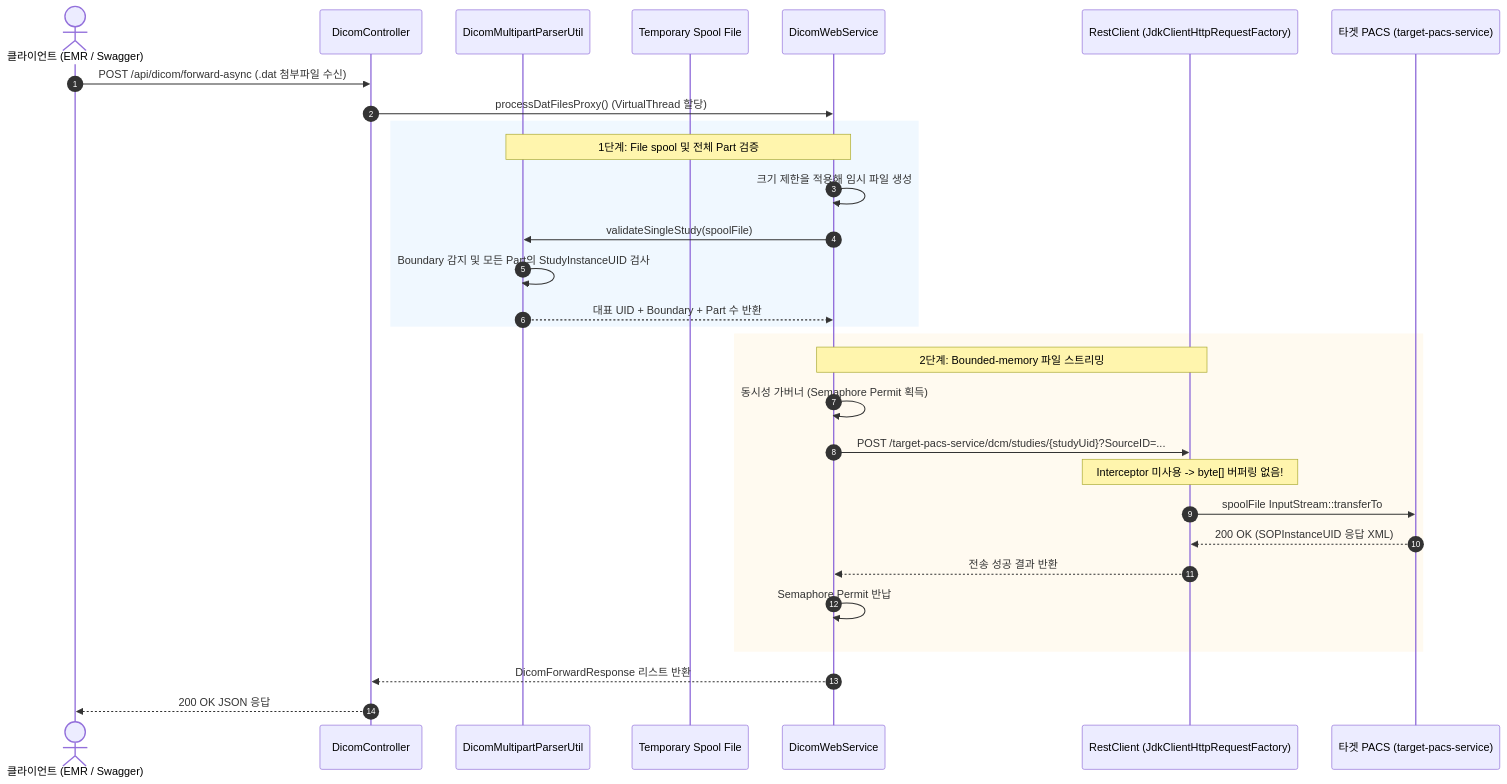
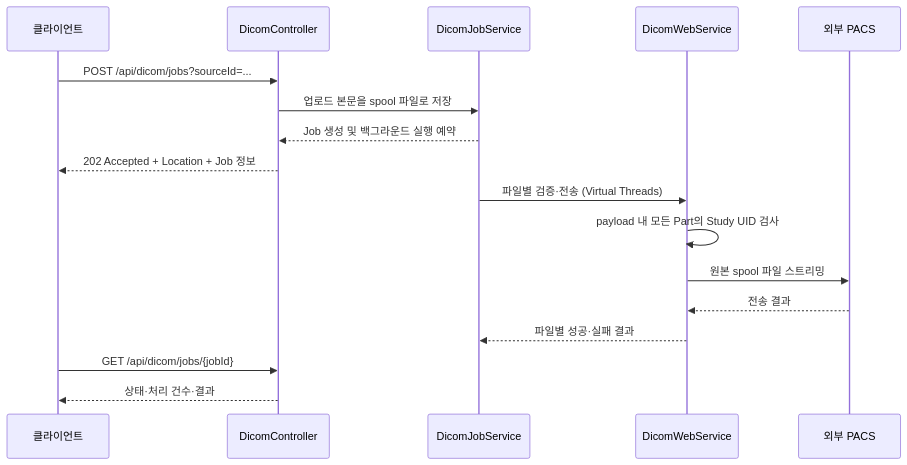
The first of 2 diagrams in README.md (BHC-Chicken/dicom-proxy), drawn with Mermaid before and after one commit. The commit also changed other lines of this file, not shown here.

````diff
--- a/README.md
+++ b/README.md
@@ -55,36 +35,19 @@
 ```mermaid
 sequenceDiagram
-    autonumber
-    actor Client as 클라이언트 (EMR / Swagger)
-    participant Controller as DicomController
-    participant Parser as DicomMultipartParserUtil
-    participant Spool as Temporary Spool File
-    participant Service as DicomWebService
-    participant RestClient as RestClient (JdkClientHttpRequestFactory)
-    participant Target as 타겟 PACS (target-pacs-service)
-
-    Client->>Controller: POST /api/dicom/forward-async (.dat 첨부파일 수신)
-    Controller->>Service: processDatFilesProxy() (VirtualThread 할당)
-    
-    rect rgb(240, 248, 255)
-        note over Service, Parser: 1단계: File spool 및 전체 Part 검증
-        Service->>Service: 크기 제한을 적용해 임시 파일 생성
-        Service->>Parser: validateSingleStudy(spoolFile)
-        Parser->>Parser: Boundary 감지 및 모든 Part의 StudyInstanceUID 검사
-        Parser-->>Service: 대표 UID + Boundary + Part 수 반환
-    end
-
-    rect rgb(255, 250, 240)
-        note over Service, RestClient: 2단계: Bounded-memory 파일 스트리밍
-        Service->>Service: 동시성 가버너 (Semaphore Permit 획득)
-        Service->>RestClient: POST /target-pacs-service/dcm/studies/{studyUid}?SourceID=...
-        note over RestClient: Interceptor 미사용 -> byte[] 버퍼링 없음!
-        RestClient->>Target: spoolFile InputStream::transferTo
-        Target-->>RestClient: 200 OK (SOPInstanceUID 응답 XML)
-        RestClient-->>Service: 전송 성공 결과 반환
-        Service->>Service: Semaphore Permit 반납
-    end
-
-    Service-->>Controller: DicomForwardResponse 리스트 반환
-    Controller-->>Client: 200 OK JSON 응답
+    participant Client as 클라이언트
+    participant API as DicomController
+    participant Job as DicomJobService
+    participant Forward as DicomWebService
+    participant PACS as 외부 PACS
+    Client->>API: POST /api/dicom/jobs?sourceId=...
+    API->>Job: 업로드 본문을 spool 파일로 저장
+    Job-->>API: Job 생성 및 백그라운드 실행 예약
+    API-->>Client: 202 Accepted + Location + Job 정보
+    Job->>Forward: 파일별 검증·전송 (Virtual Threads)
+    Forward->>Forward: payload 내 모든 Part의 Study UID 검사
+    Forward->>PACS: 원본 spool 파일 스트리밍
+    PACS-->>Forward: 전송 결과
+    Forward-->>Job: 파일별 성공·실패 결과
+    Client->>API: GET /api/dicom/jobs/{jobId}
+    API-->>Client: 상태·처리 건수·결과
 ```
````
